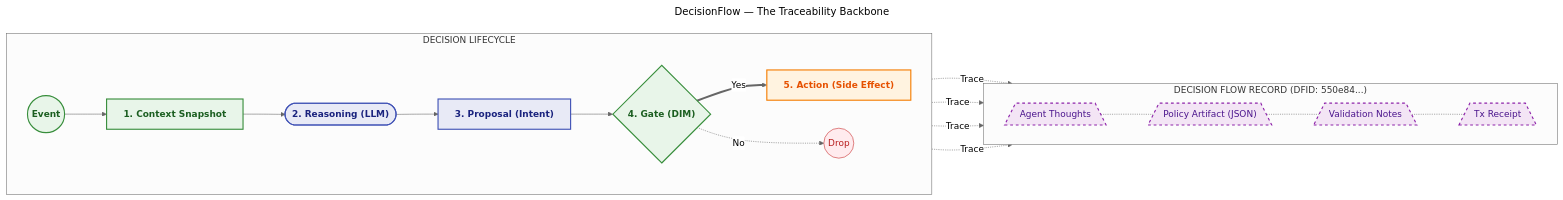
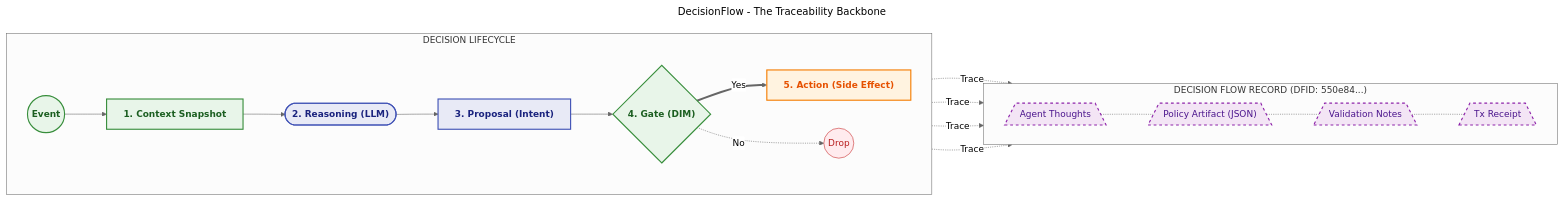
One commit to huka81/decision-intelligence-runtime changed the seventh of 20 diagrams in docs/07-dir-minified/DIR-minified.md. Above: the diagram before and after it, drawn with Mermaid. The commit also changed other lines of this file and 6 other files, not shown here.

````diff
--- a/docs/07-dir-minified/DIR-minified.md
+++ b/docs/07-dir-minified/DIR-minified.md
@@ -821,39 +821,39 @@
 ```mermaid
 ---
-title: DecisionFlow — The Traceability Backbone
+title: DecisionFlow  -  The Traceability Backbone
 config:
   theme: neutral
   look: classic
 ---
 flowchart LR
     classDef userSpace fill:#E8EAF6,stroke:#3F51B5,stroke-width:2px,color:#1A237E,font-weight:bold
     classDef kernelSpace fill:#E8F5E9,stroke:#388E3C,stroke-width:2px,color:#1B5E20,font-weight:bold
     classDef infraSpace fill:#FFF3E0,stroke:#F57C00,stroke-width:2px,color:#E65100,font-weight:bold
     classDef traceStyle fill:#F3E5F5,stroke:#8E24AA,stroke-width:2px,color:#4A148C,stroke-dasharray: 5 5
     classDef logStyle fill:#FFEBEE,stroke:#C62828,stroke-width:1px,color:#B71C1C
 
     subgraph Pipeline ["DECISION LIFECYCLE"]
         direction LR
         Trigger((Event)):::kernelSpace --> Context
         Context["1. Context Snapshot"]:::kernelSpace --> Agent
         Agent(["2. Reasoning (LLM)"]):::userSpace --> Props
         Props["3. Proposal (Intent)"]:::userSpace --> DIM
         DIM{"4. Gate (DIM)"}:::kernelSpace
         DIM ==>|Yes| Exec["5. Action (Side Effect)"]:::infraSpace
         DIM -.->|No| Drop((Drop)):::logStyle
     end
 
     subgraph Audit ["DECISION FLOW RECORD (DFID: 550e84...)"]
         direction LR
         Log1[/"Agent Thoughts"\]:::traceStyle
         Log2[/"Policy Artifact (JSON)"\]:::traceStyle
         Log3[/"Validation Notes"\]:::traceStyle
         Log4[/"Tx Receipt"\]:::traceStyle
         Log1 -.- Log2 -.- Log3 -.- Log4
     end
 
     Agent -.->|Trace| Log1
     Props -.->|Trace| Log2
     DIM -.->|Trace| Log3
     Exec -.->|Trace| Log4
 ```
````
